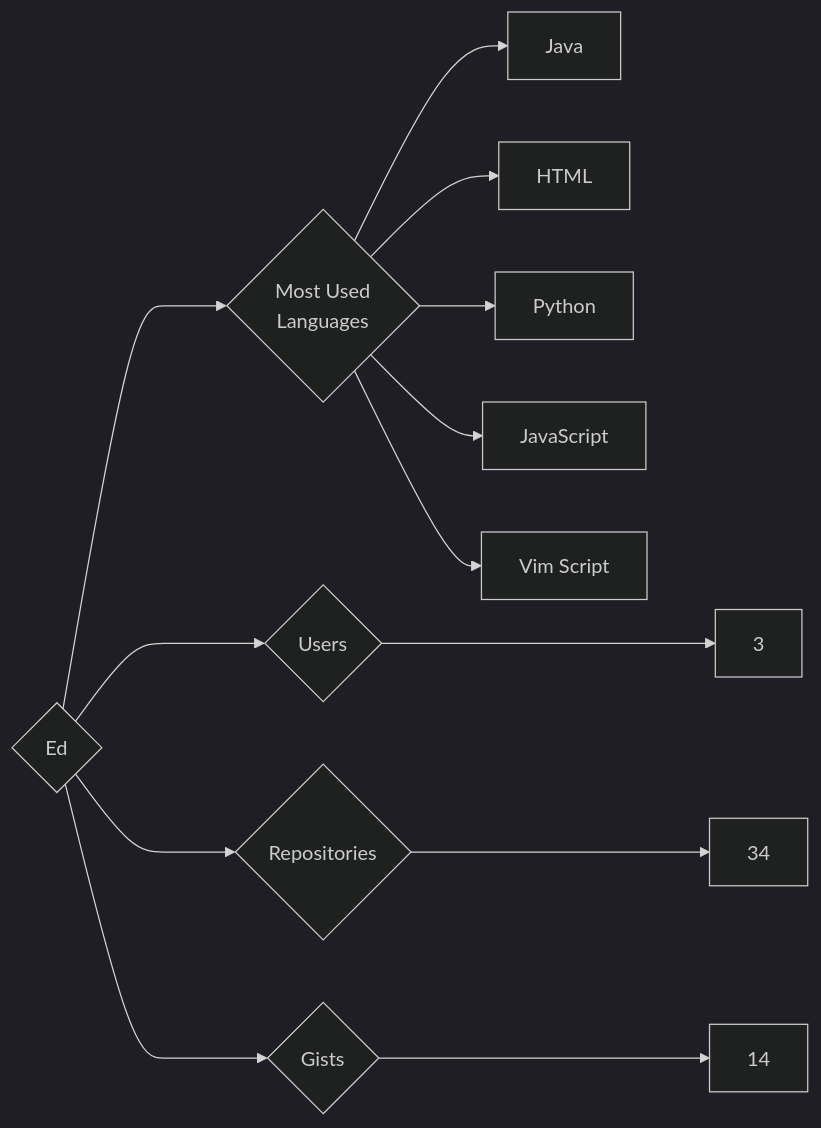
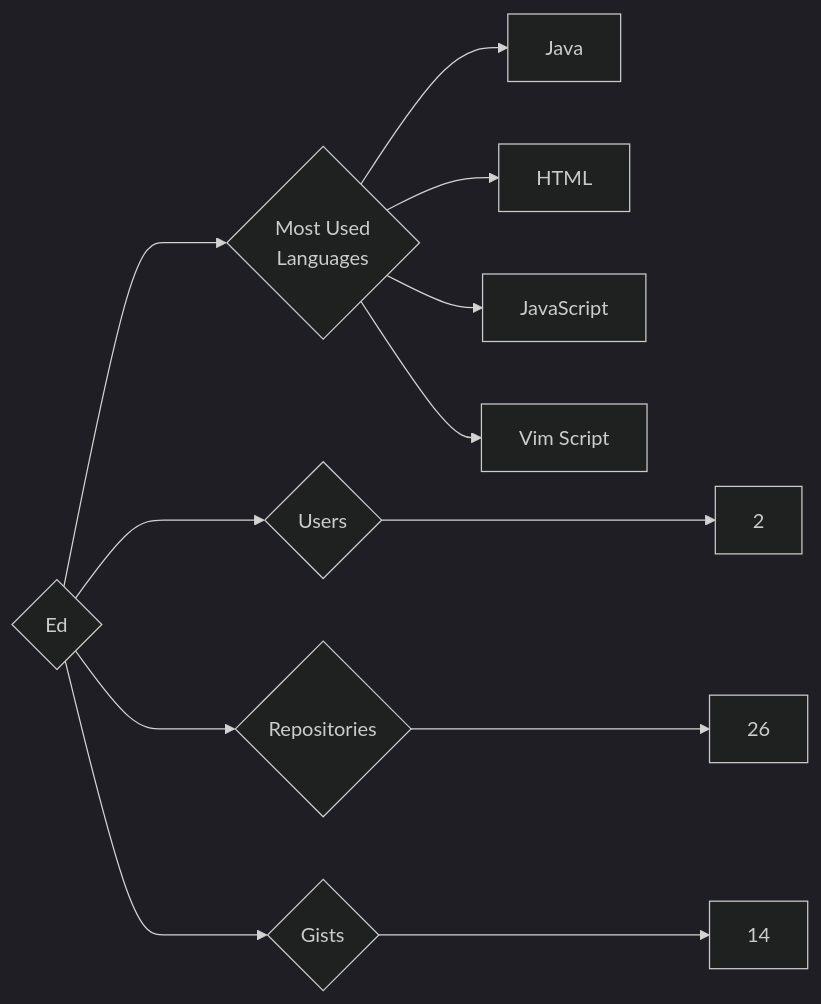
One commit to trickest/insiders changed the diagram in targets/Ed/README.md. Above: the diagram before and after it, drawn with Mermaid (dark theme). The commit also changed 752 other files, not shown here.

````diff
--- a/targets/Ed/README.md
+++ b/targets/Ed/README.md
@@ -3,13 +3,12 @@
 ```mermaid
 graph LR
 COMPANY_NAME{Ed}
-COMPANY_NAME ---> U{Users} ---> UN[3]
-COMPANY_NAME ---> R{Repositories} ---> RN[34]
+COMPANY_NAME ---> U{Users} ---> UN[2]
+COMPANY_NAME ---> R{Repositories} ---> RN[26]
 COMPANY_NAME ---> G{Gists} ---> GN[14]
 COMPANY_NAME ---> ML{Most Used<br>Languages}
 ML --> Java[Java]
 ML --> HTML[HTML]
-ML --> Python[Python]
 ML --> JavaScript[JavaScript]
 ML --> Vim_Script[Vim Script]
 ```
````
